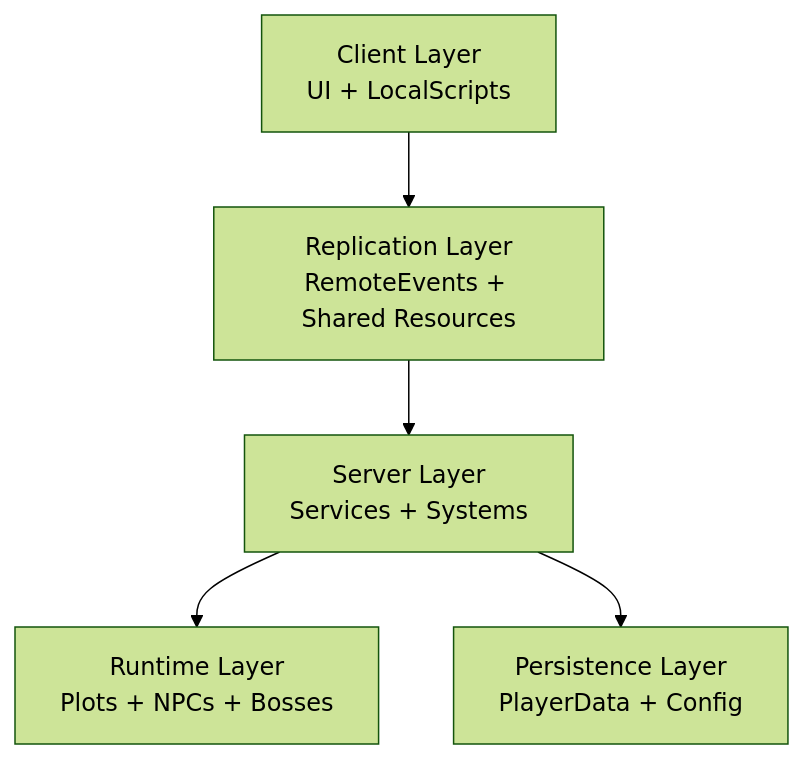
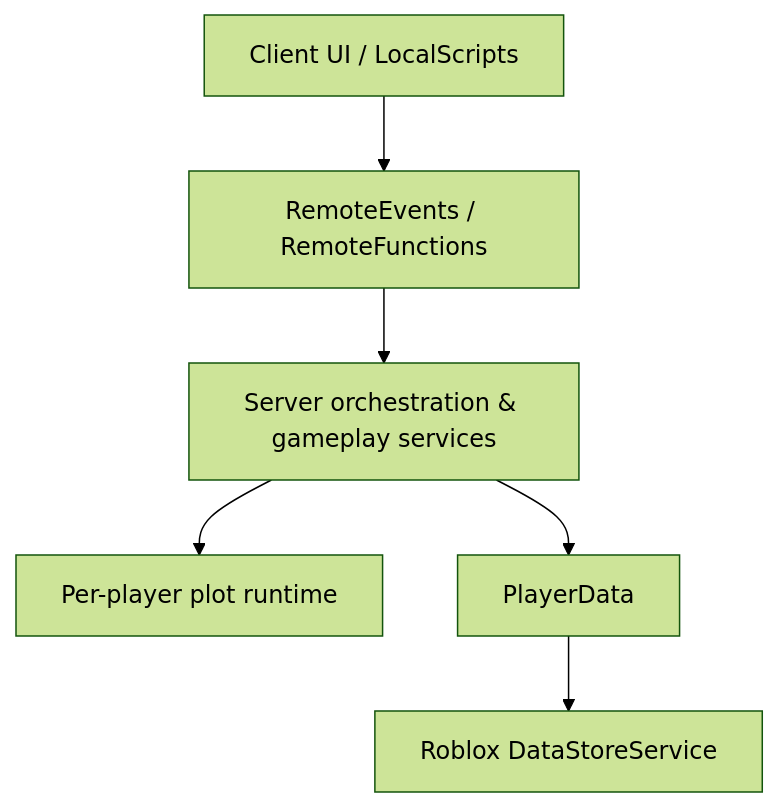
Before and after one commit to Pval-Dev/Idle-Boss-Fighters: the diagram in docs/architecture.md, drawn with Mermaid (forest theme). The commit also changed other lines of this file and 8 other files, not shown here.

````diff
--- a/docs/architecture.md
+++ b/docs/architecture.md
@@ -11,21 +11,15 @@
 ```mermaid
 flowchart TD
+    Client["Client UI / LocalScripts"]
+    Remote["RemoteEvents / RemoteFunctions"]
+    Server["Server orchestration & gameplay services"]
+    Plot["Per-player plot runtime"]
+    Data["PlayerData"]
+    Store["Roblox DataStoreService"]
 
-Client["Client Layer\nUI + LocalScripts"]
-
-Network["Replication Layer\nRemoteEvents + Shared Resources"]
-
-Server["Server Layer\nServices + Systems"]
-
-World["Runtime Layer\nPlots + NPCs + Bosses"]
-
-Persistence["Persistence Layer\nPlayerData + Config"]
-
-Client --> Network
-
-Network --> Server
-
-Server --> World
-
-Server --> Persistence
+    Client --> Remote
+    Remote --> Server
+    Server --> Plot
+    Server --> Data
+    Data --> Store
 ```
````
